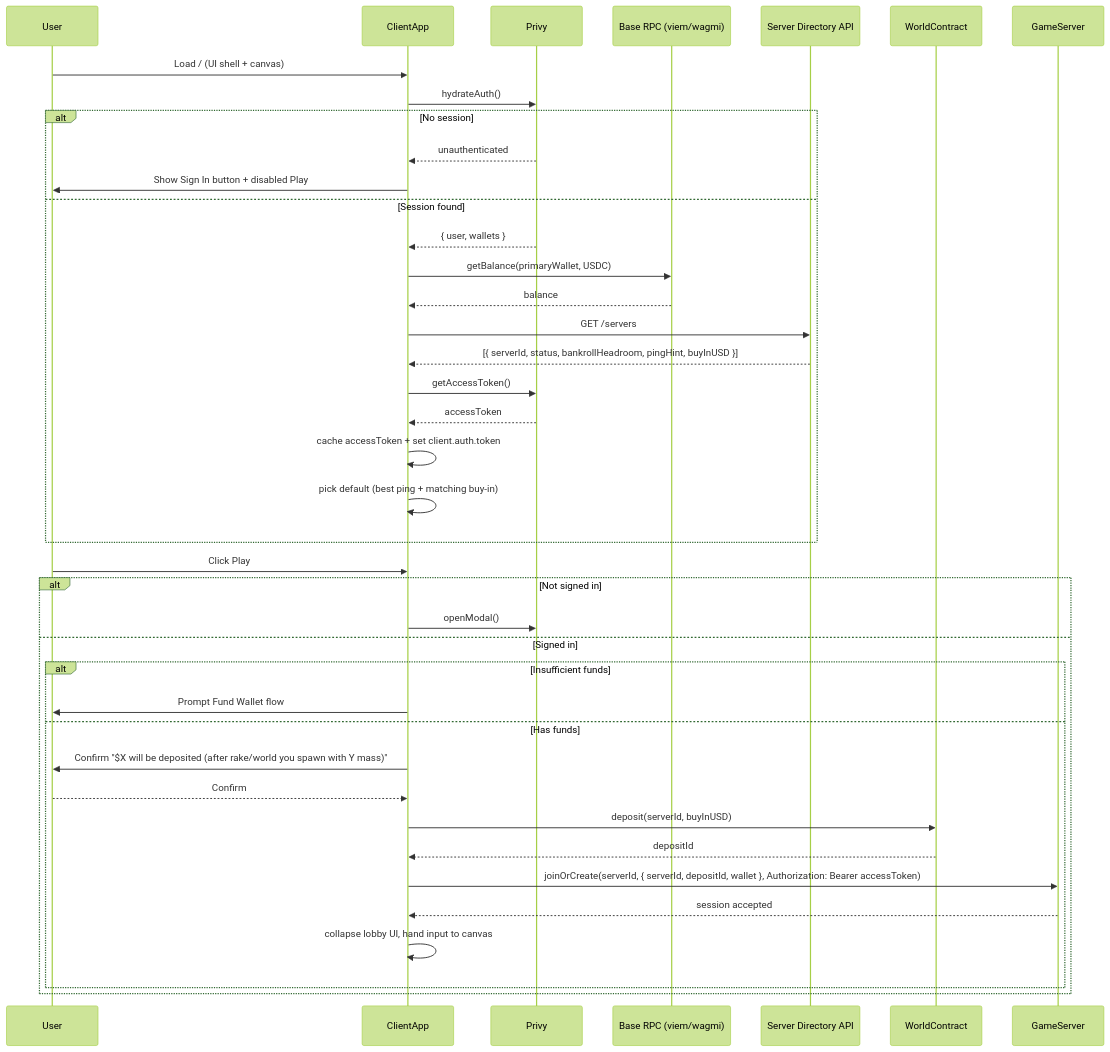
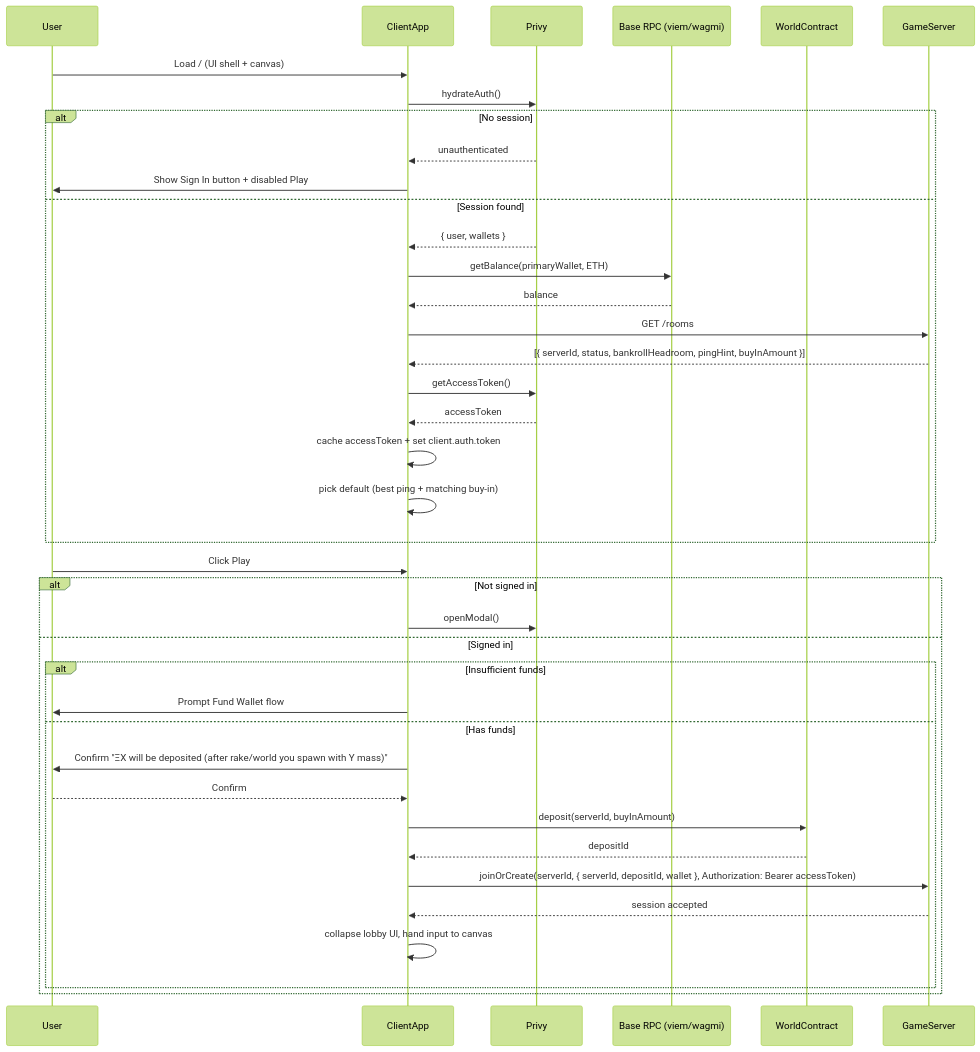
The seventh of 9 diagrams in ARCHITECTURE.md (TheExpandingPolytope/goonverse), drawn with Mermaid (forest theme) before and after one commit. The commit also changed other lines of this file and 88 other files, not shown here.

````diff
--- a/ARCHITECTURE.md
+++ b/ARCHITECTURE.md
@@ -349,44 +541,43 @@
 ```mermaid
 sequenceDiagram
     participant User
     participant ClientApp
     participant Privy
     participant WalletRPC as Base RPC (viem/wagmi)
-    participant ServerDir as Server Directory API
     participant WorldContract
     participant GameServer
 
     User->>ClientApp: Load / (UI shell + canvas)
     ClientApp->>Privy: hydrateAuth()
     Alt No session
         Privy-->>ClientApp: unauthenticated
         ClientApp->>User: Show Sign In button + disabled Play
     Else Session found
         Privy-->>ClientApp: { user, wallets }
-        ClientApp->>WalletRPC: getBalance(primaryWallet, USDC)
+        ClientApp->>WalletRPC: getBalance(primaryWallet, ETH)
         WalletRPC-->>ClientApp: balance
-        ClientApp->>ServerDir: GET /servers
-        ServerDir-->>ClientApp: [{ serverId, status, bankrollHeadroom, pingHint, buyInUSD }]
+        ClientApp->>GameServer: GET /rooms
+        GameServer-->>ClientApp: [{ serverId, status, bankrollHeadroom, pingHint, buyInAmount }]
         ClientApp->>Privy: getAccessToken()
         Privy-->>ClientApp: accessToken
         ClientApp->>ClientApp: cache accessToken + set client.auth.token
         ClientApp->>ClientApp: pick default (best ping + matching buy-in)
     End
 
     User->>ClientApp: Click Play
     Alt Not signed in
         ClientApp->>Privy: openModal()
     Else Signed in
         Alt Insufficient funds
             ClientApp->>User: Prompt Fund Wallet flow
         Else Has funds
-            ClientApp->>User: Confirm "$X will be deposited (after rake/world you spawn with Y mass)"
+            ClientApp->>User: Confirm "ΞX will be deposited (after rake/world you spawn with Y mass)"
             User-->>ClientApp: Confirm
-            ClientApp->>WorldContract: deposit(serverId, buyInUSD)
+            ClientApp->>WorldContract: deposit(serverId, buyInAmount)
             WorldContract-->>ClientApp: depositId
             ClientApp->>GameServer: joinOrCreate(serverId, { serverId, depositId, wallet }, Authorization: Bearer accessToken)
             GameServer-->>ClientApp: session accepted
             ClientApp->>ClientApp: collapse lobby UI, hand input to canvas
         End
     End
 ```
````
